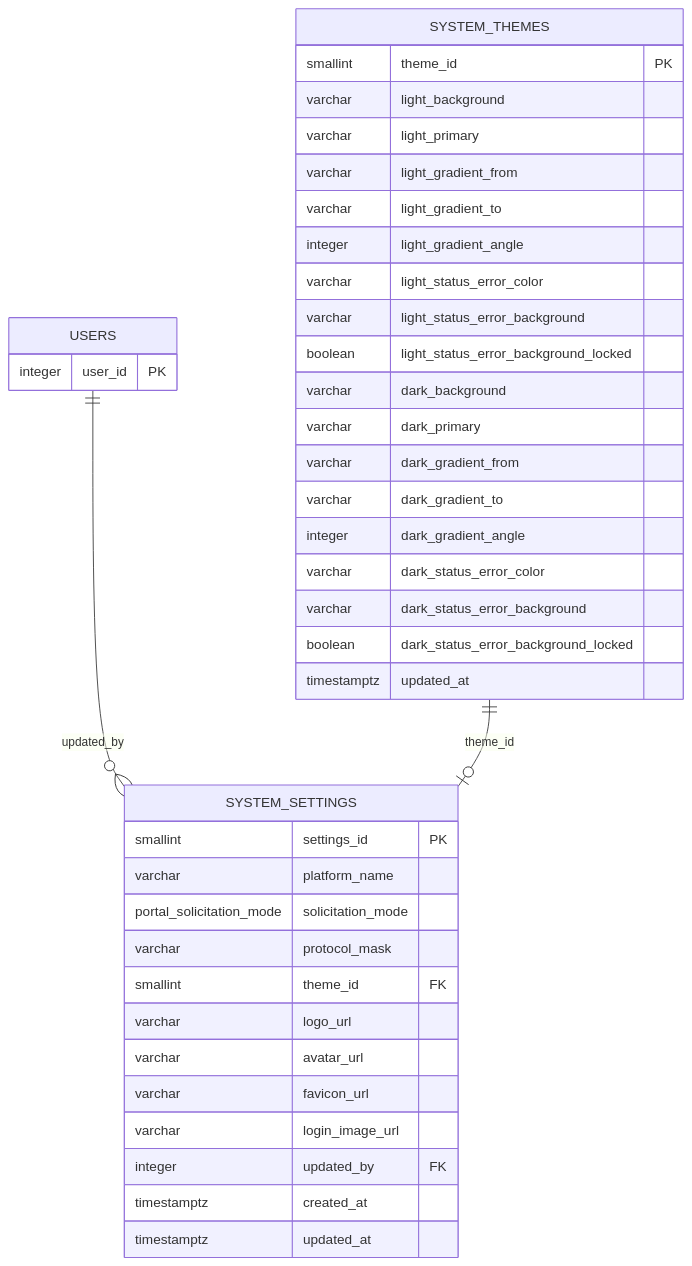
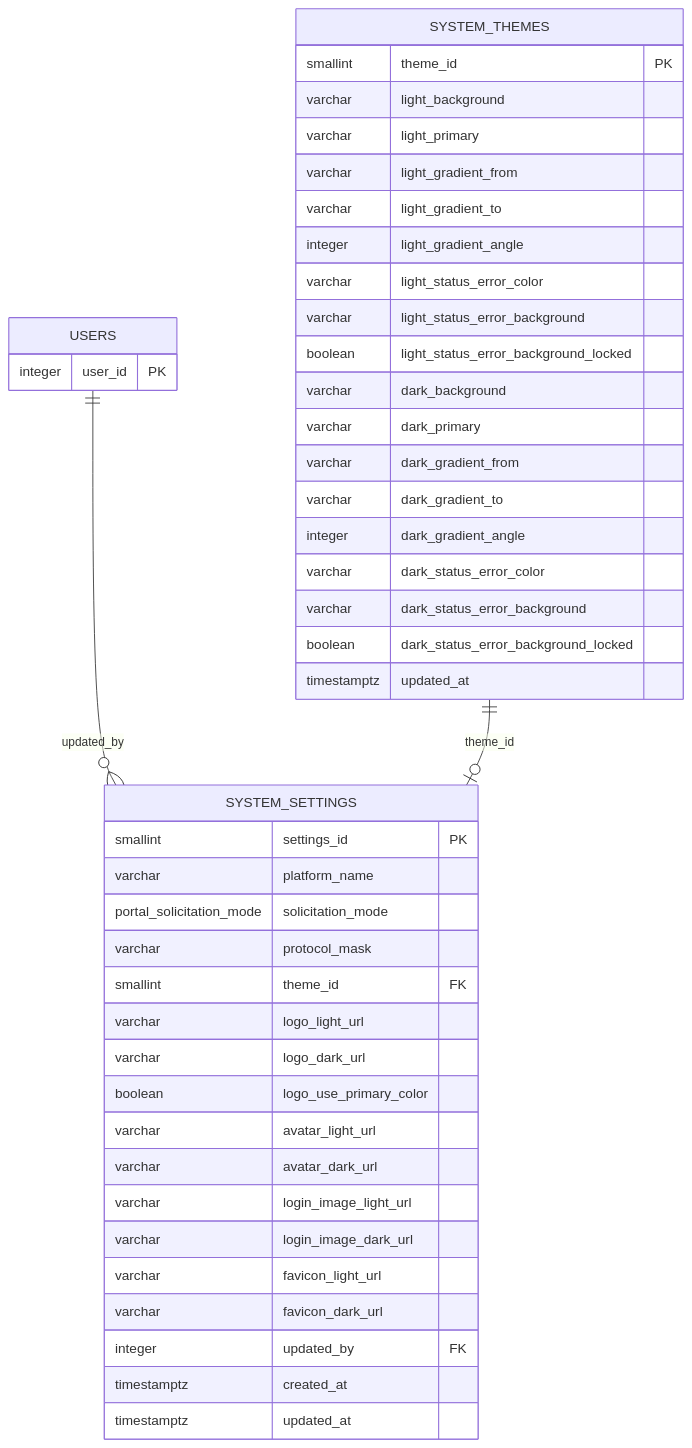
One commit to NEO-Kaizen/backend changed the diagram in docs/database/system-settings-persistence.md. Above: the diagram before and after it, drawn with Mermaid. The commit also changed other lines of this file and 2 other files, not shown here.

````diff
--- a/docs/database/system-settings-persistence.md
+++ b/docs/database/system-settings-persistence.md
@@ -51,45 +51,50 @@
 ```mermaid
 erDiagram
     USERS ||--o{ SYSTEM_SETTINGS : "updated_by"
     SYSTEM_THEMES ||--o| SYSTEM_SETTINGS : "theme_id"
 
     SYSTEM_SETTINGS {
         smallint settings_id PK
         varchar platform_name
         portal_solicitation_mode solicitation_mode
         varchar protocol_mask
         smallint theme_id FK
-        varchar logo_url
-        varchar avatar_url
-        varchar favicon_url
-        varchar login_image_url
+        varchar logo_light_url
+        varchar logo_dark_url
+        boolean logo_use_primary_color
+        varchar avatar_light_url
+        varchar avatar_dark_url
+        varchar login_image_light_url
+        varchar login_image_dark_url
+        varchar favicon_light_url
+        varchar favicon_dark_url
         integer updated_by FK
         timestamptz created_at
         timestamptz updated_at
     }
 
     SYSTEM_THEMES {
         smallint theme_id PK
         varchar light_background
         varchar light_primary
         varchar light_gradient_from
         varchar light_gradient_to
         integer light_gradient_angle
         varchar light_status_error_color
         varchar light_status_error_background
         boolean light_status_error_background_locked
         varchar dark_background
         varchar dark_primary
         varchar dark_gradient_from
         varchar dark_gradient_to
         integer dark_gradient_angle
         varchar dark_status_error_color
         varchar dark_status_error_background
         boolean dark_status_error_background_locked
         timestamptz updated_at
     }
 
     USERS {
         integer user_id PK
     }
 ```
````
